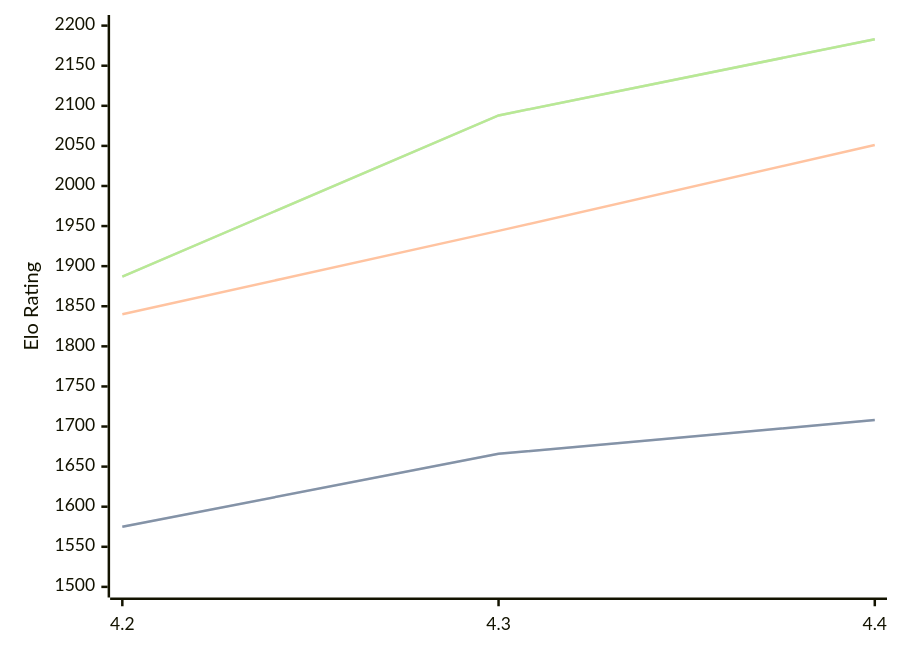
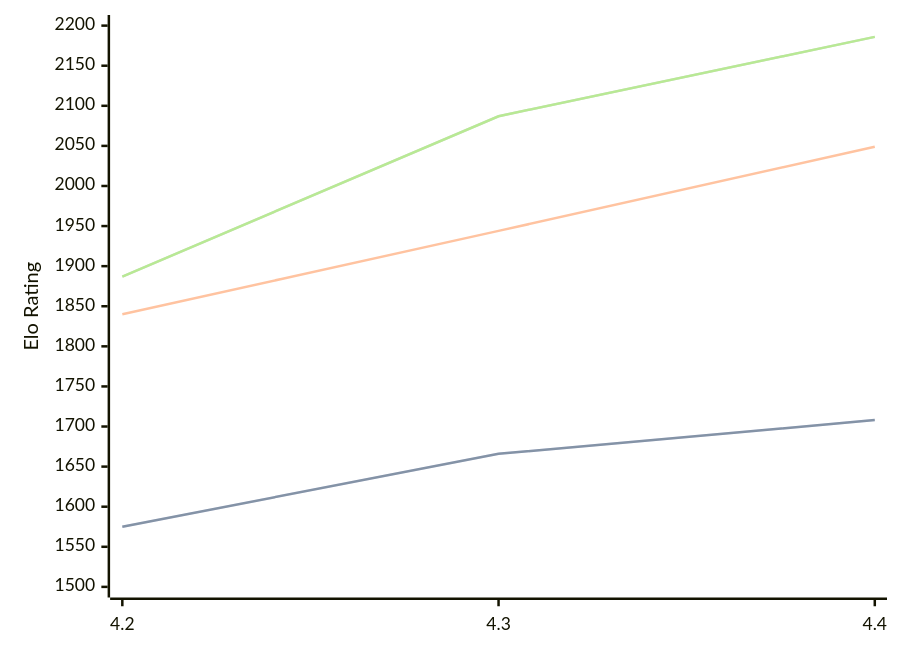
The third of 3 diagrams in engines/Radiance.md (computer-chess-index/cci), drawn with Mermaid before and after one commit. The commit also changed other lines of this file, not shown here.

Commit message:
Update CCI Ratings (ELO VLTC) - 2026-06-30

````diff
--- a/engines/Radiance.md
+++ b/engines/Radiance.md
@@ -69,11 +69,11 @@
 ```mermaid
 %%{init: {"theme":"base","themeVariables":{"seriesColors:['#a3a3a3','#222221','#faa371']}}}%%
 xychart-beta
   x-axis ["4.2", "4.3", "4.4"]
   y-axis "Elo Rating" 1500 --> 2200
   line "STC (8.0+0.08s)" [1575, 1666, 1708]
   line "STC (8.0+0.08s)" [1575, 1666, 1708]
-  line "LTC (60.0+0.60s)" [1840, 1944, 2051]
-  line "VLTC (2m24s+1.12s)" [1887, 2088, 2183]
-  line "VLTC (2m24s+1.12s)" [1887, 2088, 2183]
+  line "LTC (60.0+0.60s)" [1840, 1944, 2049]
+  line "VLTC (2m24s+1.12s)" [1887, 2087, 2186]
+  line "VLTC (2m24s+1.12s)" [1887, 2087, 2186]
 ```
````
